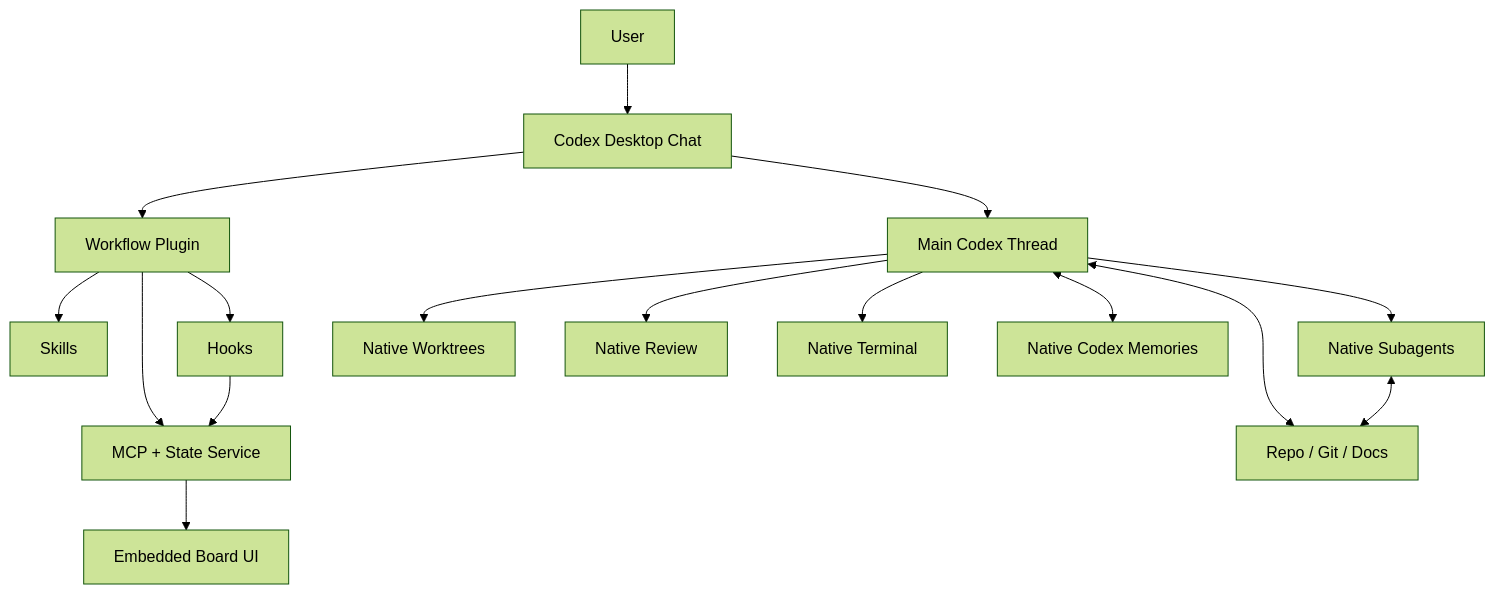
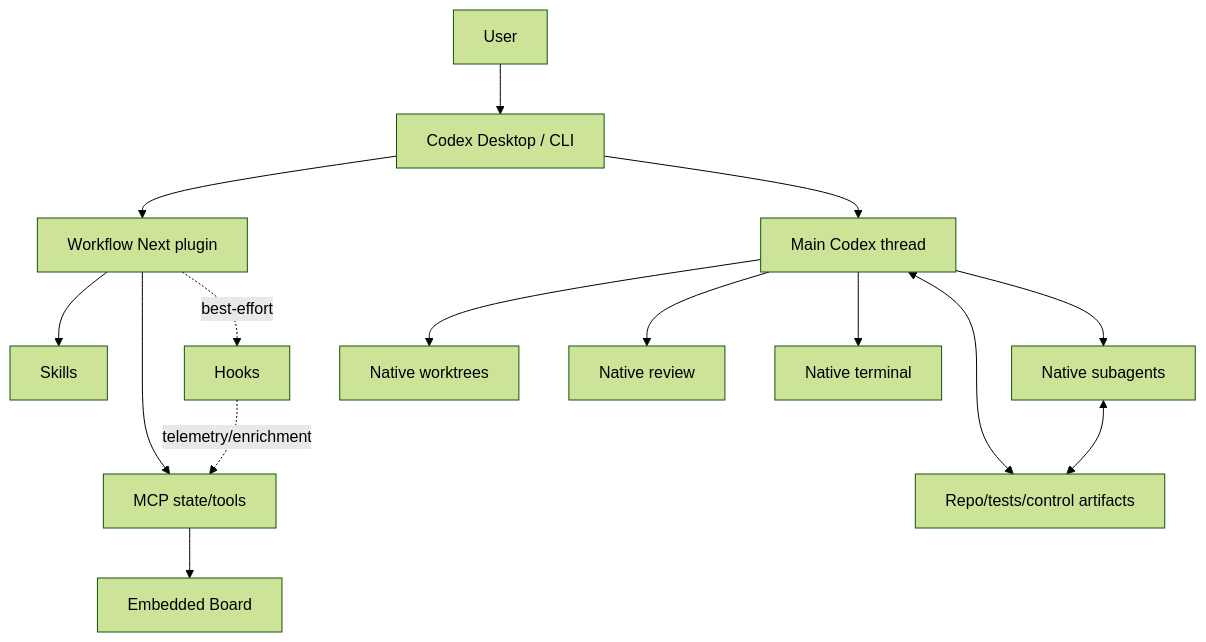
Before and after one commit to runtime-human/codex_vNext: the diagram in CODEX_WORKFLOW_NEXT_MASTER_PLAN.md, drawn with Mermaid (forest theme). The commit also changed other lines of this file and 22 other files, not shown here.

````diff
--- a/CODEX_WORKFLOW_NEXT_MASTER_PLAN.md
+++ b/CODEX_WORKFLOW_NEXT_MASTER_PLAN.md
@@ -529,33 +595,17 @@
 ```mermaid
 flowchart TB
-    U[User]
-    D[Codex Desktop Chat]
-    P[Workflow Plugin]
-    SK[Skills]
-    H[Hooks]
-    M[MCP + State Service]
-    UI[Embedded Board UI]
-    MAIN[Main Codex Thread]
-    AG[Native Subagents]
-    WT[Native Worktrees]
-    RV[Native Review]
-    TERM[Native Terminal]
-    MEM[Native Codex Memories]
-    REPO[Repo / Git / Docs]
-
-    U --> D
-    D --> MAIN
-    D --> P
-    P --> SK
-    P --> H
-    P --> M
-    M --> UI
-    MAIN --> AG
-    MAIN --> WT
-    MAIN --> RV
-    MAIN --> TERM
-    MAIN <--> MEM
-    MAIN <--> REPO
-    AG <--> REPO
-    H --> M
+  U[User] --> D[Codex Desktop / CLI]
+  D --> MAIN[Main Codex thread]
+  D --> P[Workflow Next plugin]
+  P --> SK[Skills]
+  P --> MCP[MCP state/tools]
+  P -. best-effort .-> H[Hooks]
+  MCP --> UI[Embedded Board]
+  MAIN --> AG[Native subagents]
+  MAIN --> WT[Native worktrees]
+  MAIN --> RV[Native review]
+  MAIN --> TERM[Native terminal]
+  MAIN <--> REPO[Repo/tests/control artifacts]
+  AG <--> REPO
+  H -. telemetry/enrichment .-> MCP
 ```
````
